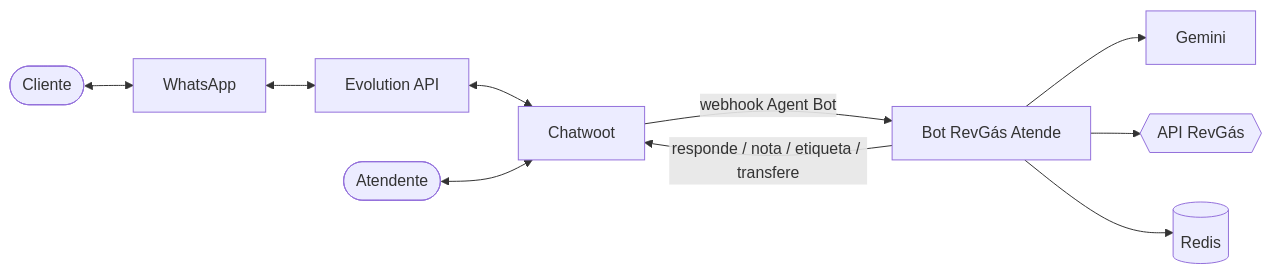
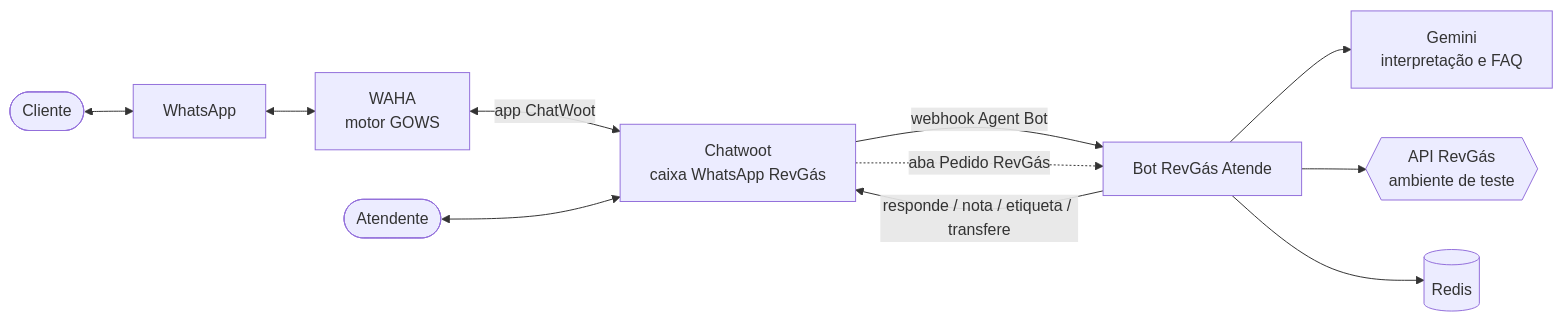
Before and after one commit to lucazolvr/revgas-atende: the diagram in README.md, drawn with Mermaid. The commit also changed other lines of this file and 3 other files, not shown here.

First line of the commit message:
docs: troca da Evolution API pelo WAHA em toda a documentação

````diff
--- a/README.md
+++ b/README.md
@@ -24,12 +24,13 @@
 ```mermaid
 flowchart LR
     C([Cliente]) <--> WA[WhatsApp]
-    WA <--> EVO[Evolution API]
-    EVO <--> CW[Chatwoot]
+    WA <--> WAHA[WAHA<br/>motor GOWS]
+    WAHA <-- app ChatWoot --> CW[Chatwoot<br/>caixa WhatsApp RevGás]
     CW -- webhook Agent Bot --> BOT[Bot RevGás Atende]
     BOT -- responde / nota / etiqueta / transfere --> CW
-    BOT --> IA[Gemini]
-    BOT --> ERP{{API RevGás}}
+    BOT --> IA[Gemini<br/>interpretação e FAQ]
+    BOT --> ERP{{API RevGás<br/>ambiente de teste}}
     BOT --> R[(Redis)]
     AT([Atendente]) <--> CW
+    CW -. aba Pedido RevGás .-> BOT
 ```
````
